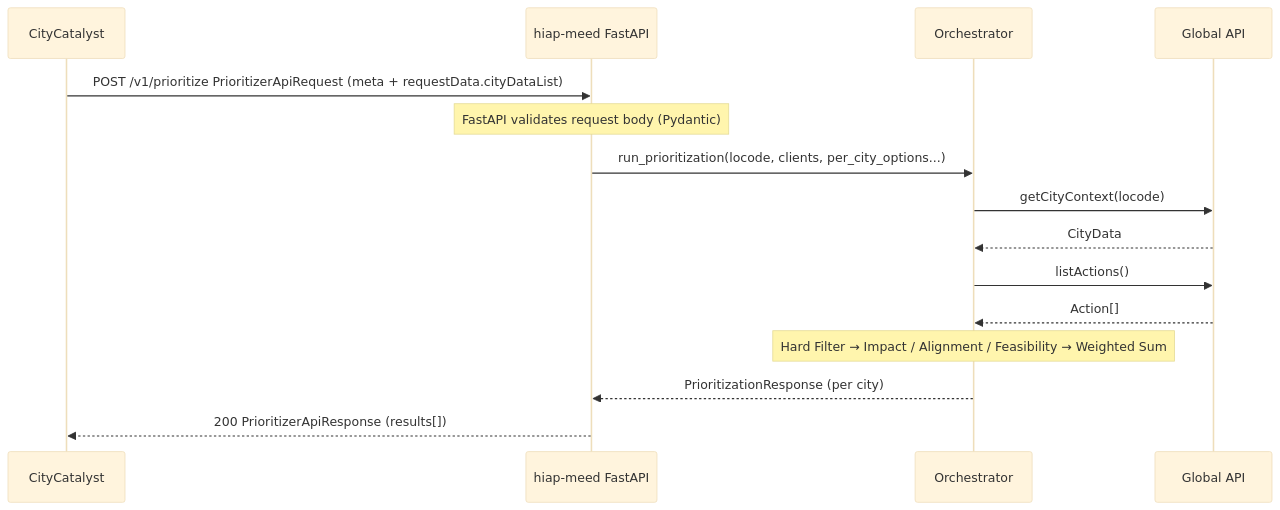
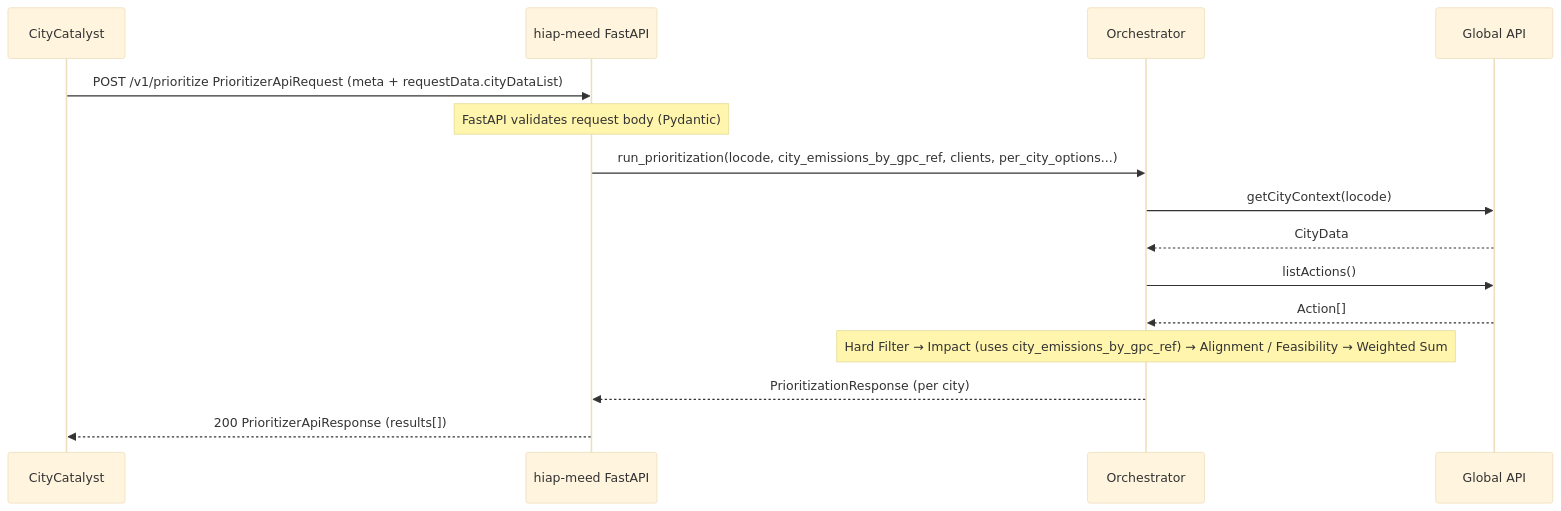
One commit to Open-Earth-Foundation/CityCatalyst changed the second of 2 diagrams in hiap-meed/docs/service-architecture.md. Above: the diagram before and after it, drawn with Mermaid (base theme). The commit also changed 18 other files, not shown here.

Commit message:
chore: implement city-specific Impact scoring from frontend emissions

````diff
--- a/hiap-meed/docs/service-architecture.md
+++ b/hiap-meed/docs/service-architecture.md
@@ -81,18 +81,18 @@
 ```mermaid
 sequenceDiagram
     participant CC as CityCatalyst
     participant API as hiap-meed FastAPI
     participant Orch as Orchestrator
     participant GlobalAPI as Global API
 
     CC->>API: POST /v1/prioritize PrioritizerApiRequest (meta + requestData.cityDataList)
     Note over API: FastAPI validates request body (Pydantic)
-    API->>Orch: run_prioritization(locode, clients, per_city_options...)
+    API->>Orch: run_prioritization(locode, city_emissions_by_gpc_ref, clients, per_city_options...)
     Orch->>GlobalAPI: getCityContext(locode)
     GlobalAPI-->>Orch: CityData
     Orch->>GlobalAPI: listActions()
     GlobalAPI-->>Orch: Action[]
-    Note over Orch: Hard Filter → Impact / Alignment / Feasibility → Weighted Sum
+    Note over Orch: Hard Filter → Impact (uses city_emissions_by_gpc_ref) → Alignment / Feasibility → Weighted Sum
     Orch-->>API: PrioritizationResponse (per city)
     API-->>CC: 200 PrioritizerApiResponse (results[])
 ```
````
